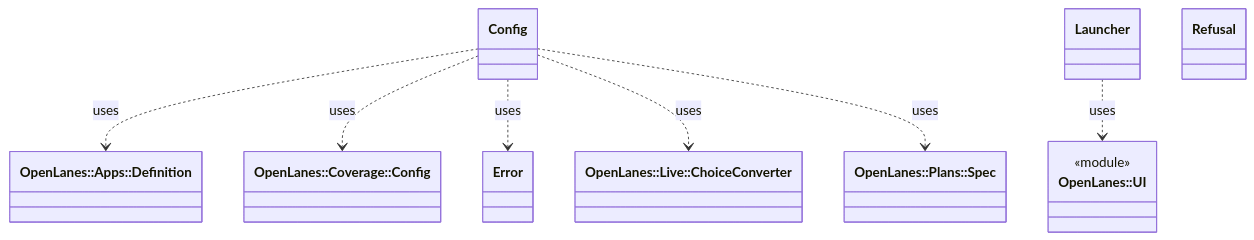
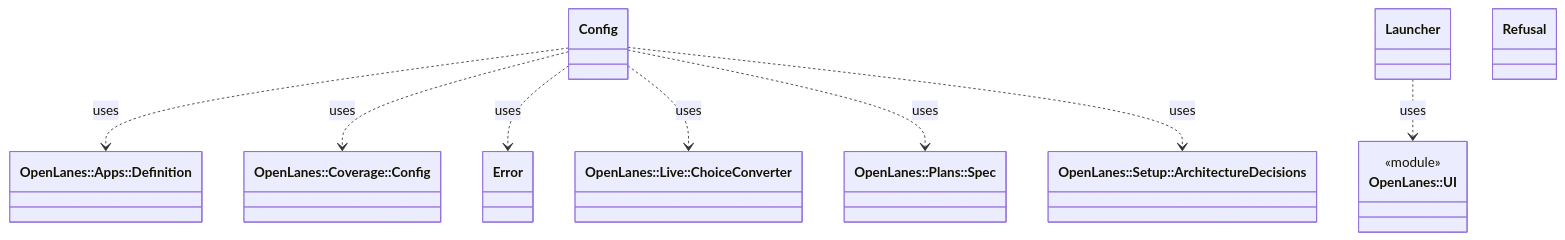
Before and after one commit to kigster/openlanes: the diagram in docs/architecture/openlanes.md, drawn with Mermaid. The commit also changed 32 other files, not shown here.

````diff
--- a/docs/architecture/openlanes.md
+++ b/docs/architecture/openlanes.md
@@ -5,19 +5,21 @@
 ```mermaid
 classDiagram
   class OpenLanes__Apps__Definition["OpenLanes::Apps::Definition"]
   class OpenLanes__Config["Config"]
   class OpenLanes__Coverage__Config["OpenLanes::Coverage::Config"]
   class OpenLanes__Error["Error"]
   class OpenLanes__Launcher["Launcher"]
   class OpenLanes__Live__ChoiceConverter["OpenLanes::Live::ChoiceConverter"]
   class OpenLanes__Plans__Spec["OpenLanes::Plans::Spec"]
   class OpenLanes__Refusal["Refusal"]
+  class OpenLanes__Setup__ArchitectureDecisions["OpenLanes::Setup::ArchitectureDecisions"]
   class OpenLanes__UI["OpenLanes::UI"]
   <<module>> OpenLanes__UI
   OpenLanes__Config ..> OpenLanes__Apps__Definition : uses
   OpenLanes__Config ..> OpenLanes__Coverage__Config : uses
   OpenLanes__Config ..> OpenLanes__Error : uses
   OpenLanes__Config ..> OpenLanes__Live__ChoiceConverter : uses
   OpenLanes__Config ..> OpenLanes__Plans__Spec : uses
+  OpenLanes__Config ..> OpenLanes__Setup__ArchitectureDecisions : uses
   OpenLanes__Launcher ..> OpenLanes__UI : uses
 ```
````
